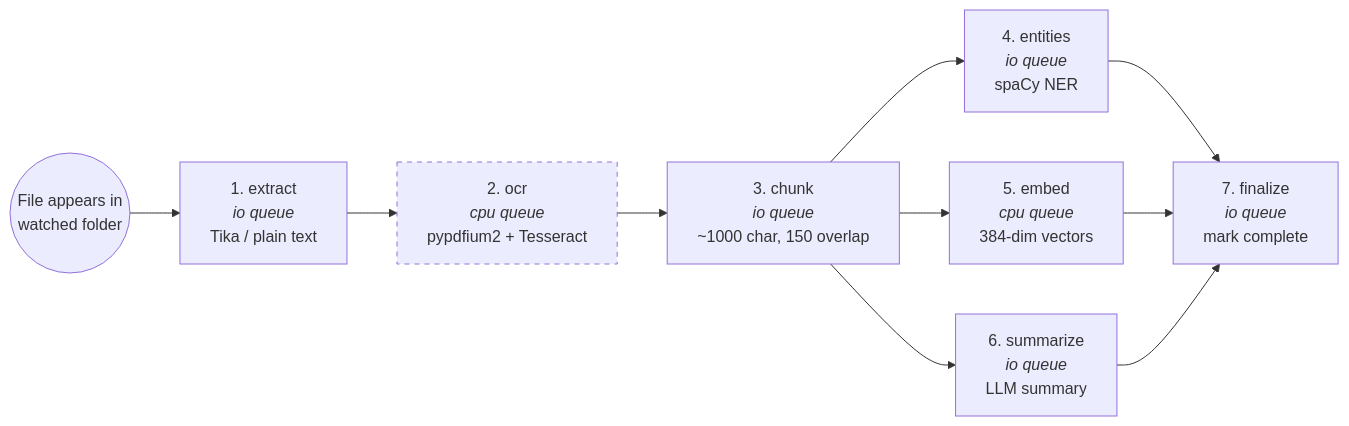
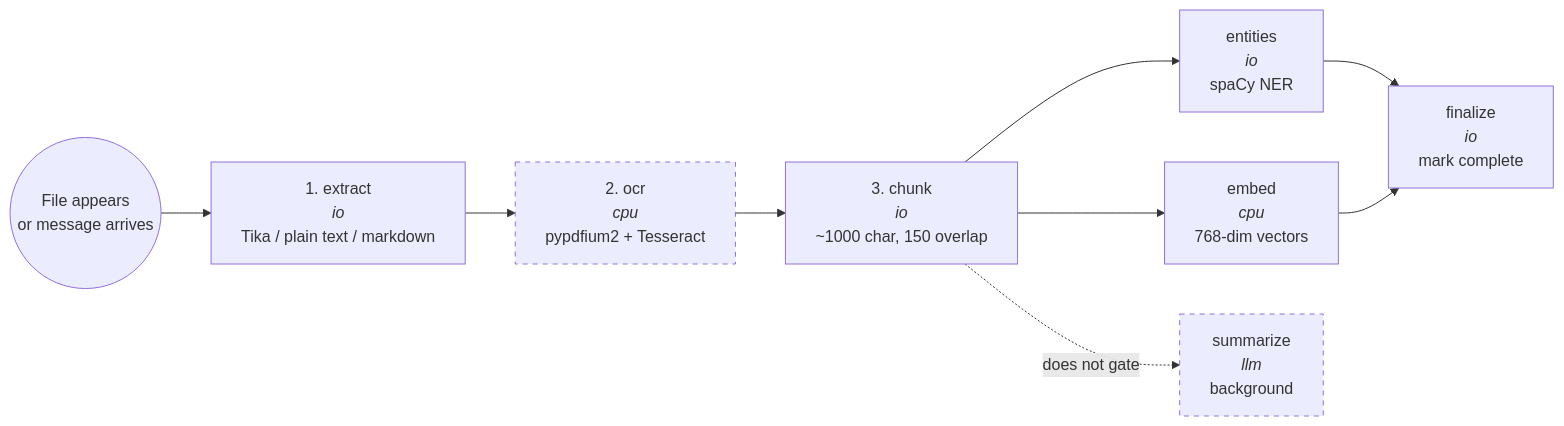
One commit to r0shi/harborclerk changed the second of 7 diagrams in docs/architecture.md. Above: the diagram before and after it, drawn with Mermaid. The commit also changed other lines of this file, not shown here.

First line of the commit message:
docs: rewrite architecture.md, remove staleness banner

````diff
--- a/docs/architecture.md
+++ b/docs/architecture.md
@@ -103,24 +111,25 @@
 ```mermaid
 graph LR
-    drop(("File appears in<br/>watched folder"))
+    drop(("File appears<br/>or message arrives"))
 
-    extract["1. extract<br/><i>io queue</i><br/>Tika / plain text"]
-    ocr["2. ocr<br/><i>cpu queue</i><br/>pypdfium2 + Tesseract"]
-    chunk["3. chunk<br/><i>io queue</i><br/>~1000 char, 150 overlap"]
+    extract["1. extract<br/><i>io</i><br/>Tika / plain text / markdown"]
+    ocr["2. ocr<br/><i>cpu</i><br/>pypdfium2 + Tesseract"]
+    chunk["3. chunk<br/><i>io</i><br/>~1000 char, 150 overlap"]
 
-    entities["4. entities<br/><i>io queue</i><br/>spaCy NER"]
-    embed["5. embed<br/><i>cpu queue</i><br/>384-dim vectors"]
-    summarize["6. summarize<br/><i>io queue</i><br/>LLM summary"]
+    entities["entities<br/><i>io</i><br/>spaCy NER"]
+    embed["embed<br/><i>cpu</i><br/>768-dim vectors"]
+    finalize["finalize<br/><i>io</i><br/>mark complete"]
 
-    finalize["7. finalize<br/><i>io queue</i><br/>mark complete"]
+    summarize["summarize<br/><i>llm</i><br/>background"]
 
     drop --> extract --> ocr --> chunk
 
-    chunk --> entities & embed & summarize
-
+    chunk --> entities & embed
     entities --> finalize
     embed --> finalize
-    summarize --> finalize
+
+    chunk -. "does not gate" .-> summarize
 
     style ocr stroke-dasharray: 5 5
+    style summarize stroke-dasharray: 5 5
 ```
````
